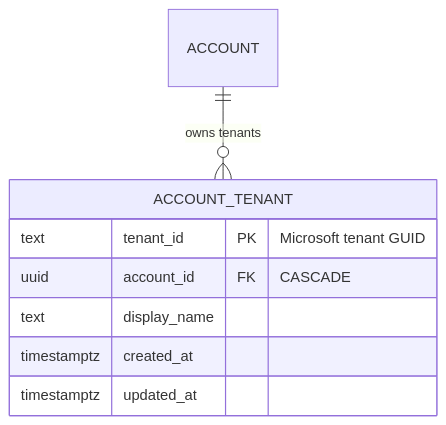
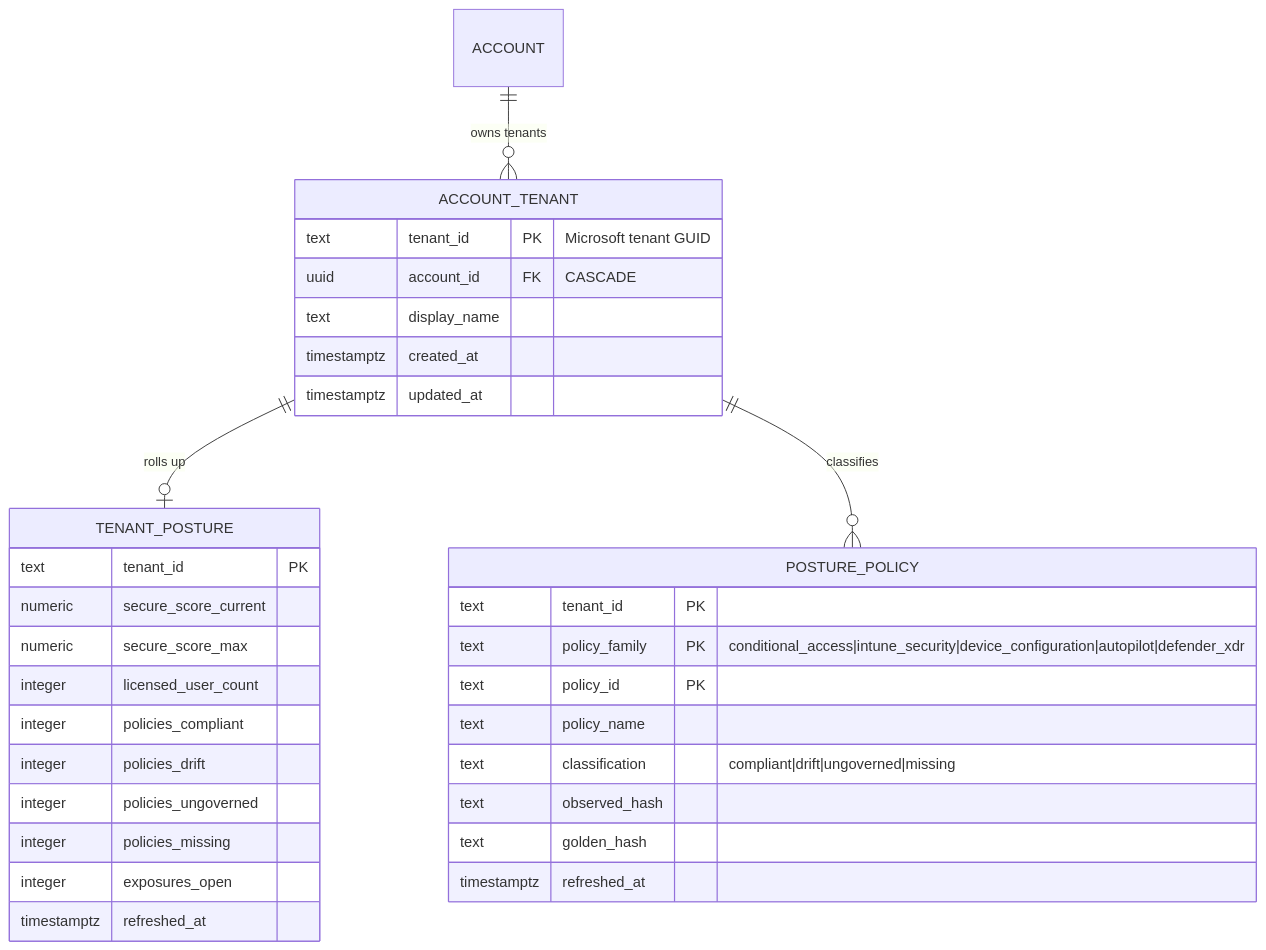
The ninth of 9 diagrams in docs/database/data-model.md (markdconnelly/ImperionCRM), drawn with Mermaid before and after one commit. The commit also changed other lines of this file and 1 other file, not shown here.

Commit message:
feat(db): posture_policy + tenant_posture silver migration (#151)

````diff
--- a/docs/database/data-model.md
+++ b/docs/database/data-model.md
@@ -947,12 +953,36 @@
 ```mermaid
 erDiagram
     ACCOUNT ||--o{ ACCOUNT_TENANT : "owns tenants"
+    ACCOUNT_TENANT ||--o| TENANT_POSTURE : "rolls up"
+    ACCOUNT_TENANT ||--o{ POSTURE_POLICY : "classifies"
 
     ACCOUNT_TENANT {
       text tenant_id PK "Microsoft tenant GUID"
       uuid account_id FK "CASCADE"
       text display_name
       timestamptz created_at
       timestamptz updated_at
     }
+    POSTURE_POLICY {
+      text tenant_id PK
+      text policy_family PK "conditional_access|intune_security|device_configuration|autopilot|defender_xdr"
+      text policy_id PK
+      text policy_name
+      text classification "compliant|drift|ungoverned|missing"
+      text observed_hash
+      text golden_hash
+      timestamptz refreshed_at
+    }
+    TENANT_POSTURE {
+      text tenant_id PK
+      numeric secure_score_current
+      numeric secure_score_max
+      integer licensed_user_count
+      integer policies_compliant
+      integer policies_drift
+      integer policies_ungoverned
+      integer policies_missing
+      integer exposures_open
+      timestamptz refreshed_at
+    }
 ```
````
